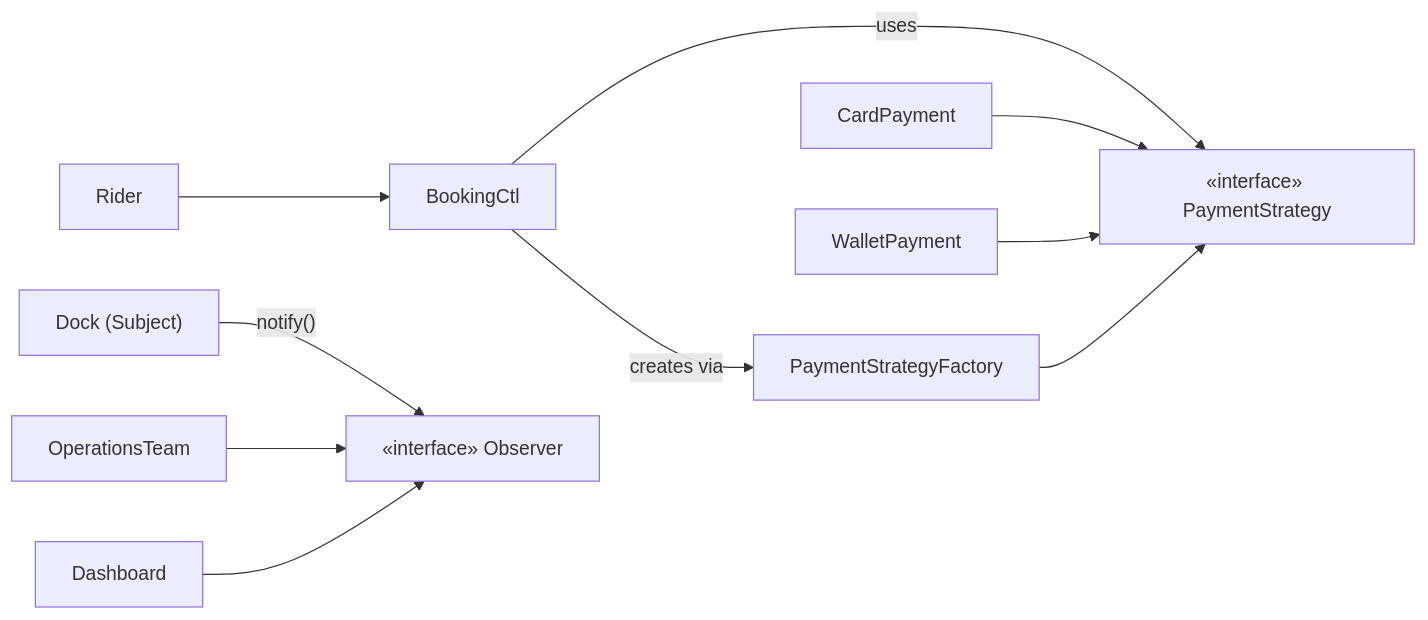
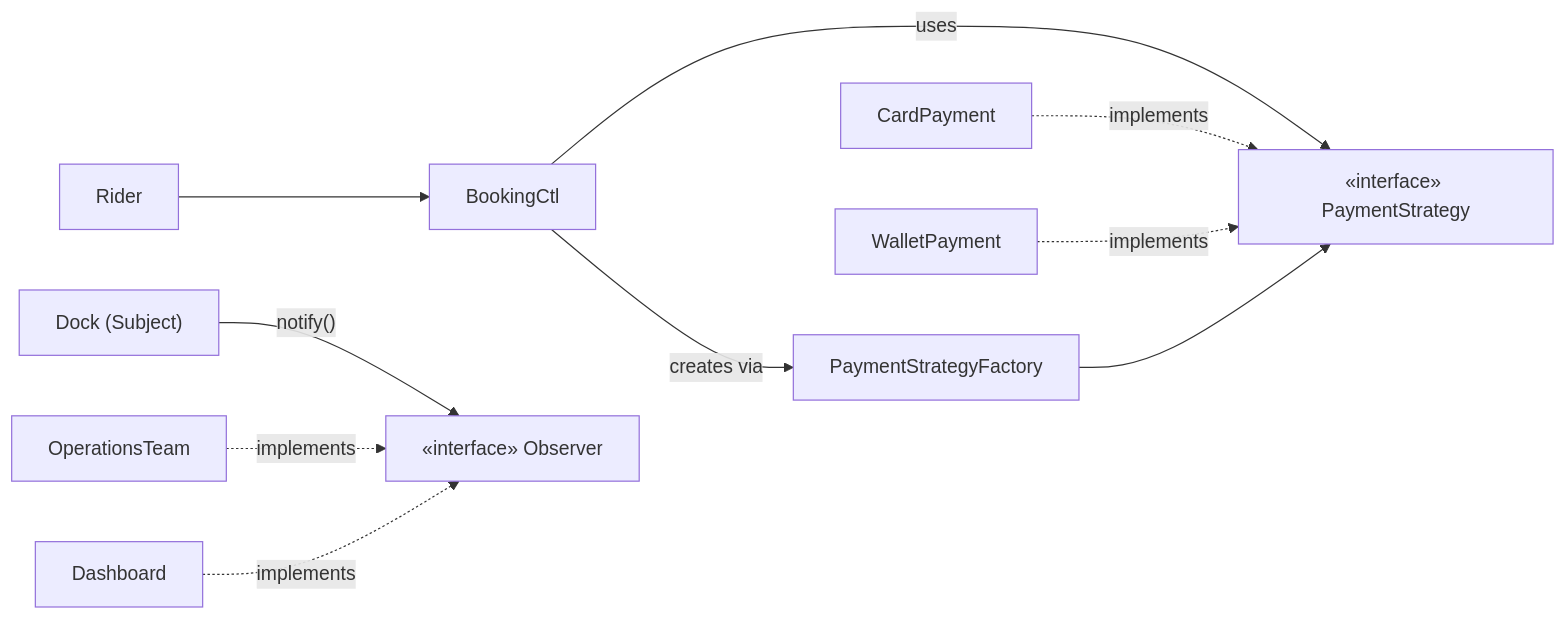
Before and after one commit to lekekbot/ntu-cs: diagram 40 of 41 in sc2006/SC2006_Study_Guide.md, drawn with Mermaid. The commit also changed other lines of this file, not shown here.

````diff
--- a/sc2006/SC2006_Study_Guide.md
+++ b/sc2006/SC2006_Study_Guide.md
@@ -3481,12 +3678,12 @@
 ```mermaid
 flowchart LR
     R[Rider] --> BC[BookingCtl]
     BC -->|uses| PS["«interface» PaymentStrategy"]
-    CP[CardPayment] --> PS
-    WP[WalletPayment] --> PS
+    CP[CardPayment] -.->|implements| PS
+    WP[WalletPayment] -.->|implements| PS
     BC -->|creates via| PF[PaymentStrategyFactory]
     PF --> PS
     DK["Dock (Subject)"] -->|"notify()"| OB["«interface» Observer"]
-    OT[OperationsTeam] --> OB
-    DB[Dashboard] --> OB
+    OT[OperationsTeam] -.->|implements| OB
+    DB[Dashboard] -.->|implements| OB
 ```
````
